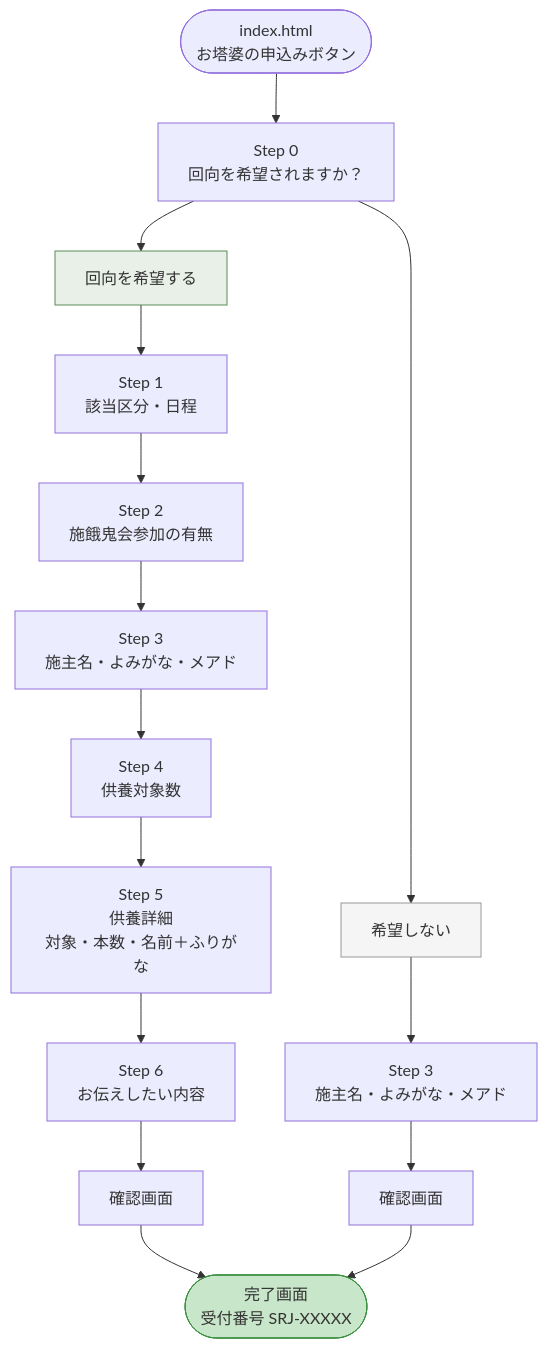
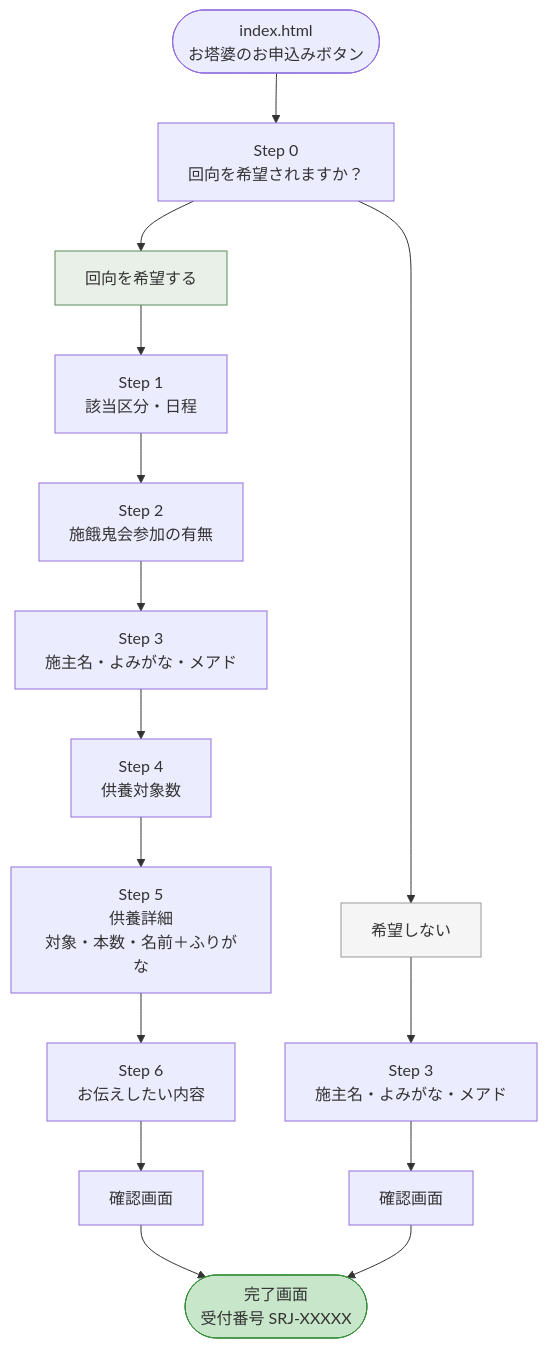
Before and after one commit to haz-syuu-go/Syuu-go-line-pages: the second of 2 diagrams in shoraku-ji/flow-map.md, drawn with Mermaid. The commit also changed other lines of this file and 3 other files, not shown here.

````diff
--- a/shoraku-ji/flow-map.md
+++ b/shoraku-ji/flow-map.md
@@ -95,25 +95,25 @@
 ```mermaid
 flowchart TD
-    Start([index.html<br/>お塔婆の申込みボタン]) --> Step0[Step 0<br/>回向を希望されますか？]
+    Start([index.html<br/>お塔婆のお申込みボタン]) --> Step0[Step 0<br/>回向を希望されますか？]
 
     Step0 --> Yes[回向を希望する]
     Step0 --> No[希望しない]
 
     Yes --> S1[Step 1<br/>該当区分・日程]
     S1 --> S2[Step 2<br/>施餓鬼会参加の有無]
     S2 --> S3y[Step 3<br/>施主名・よみがな・メアド]
     S3y --> S4[Step 4<br/>供養対象数]
     S4 --> S5[Step 5<br/>供養詳細<br/>対象・本数・名前＋ふりがな]
     S5 --> S6[Step 6<br/>お伝えしたい内容]
     S6 --> ConfirmY[確認画面]
 
     No --> S3n[Step 3<br/>施主名・よみがな・メアド]
     S3n --> ConfirmN[確認画面]
 
     ConfirmY --> Complete([完了画面<br/>受付番号 SRJ-XXXXX])
     ConfirmN --> Complete
 
     style Yes fill:#E8F0E7,stroke:#5B8C5A
     style No fill:#F5F5F5,stroke:#999
     style Complete fill:#C8E6C9,stroke:#388E3C
 ```
````
